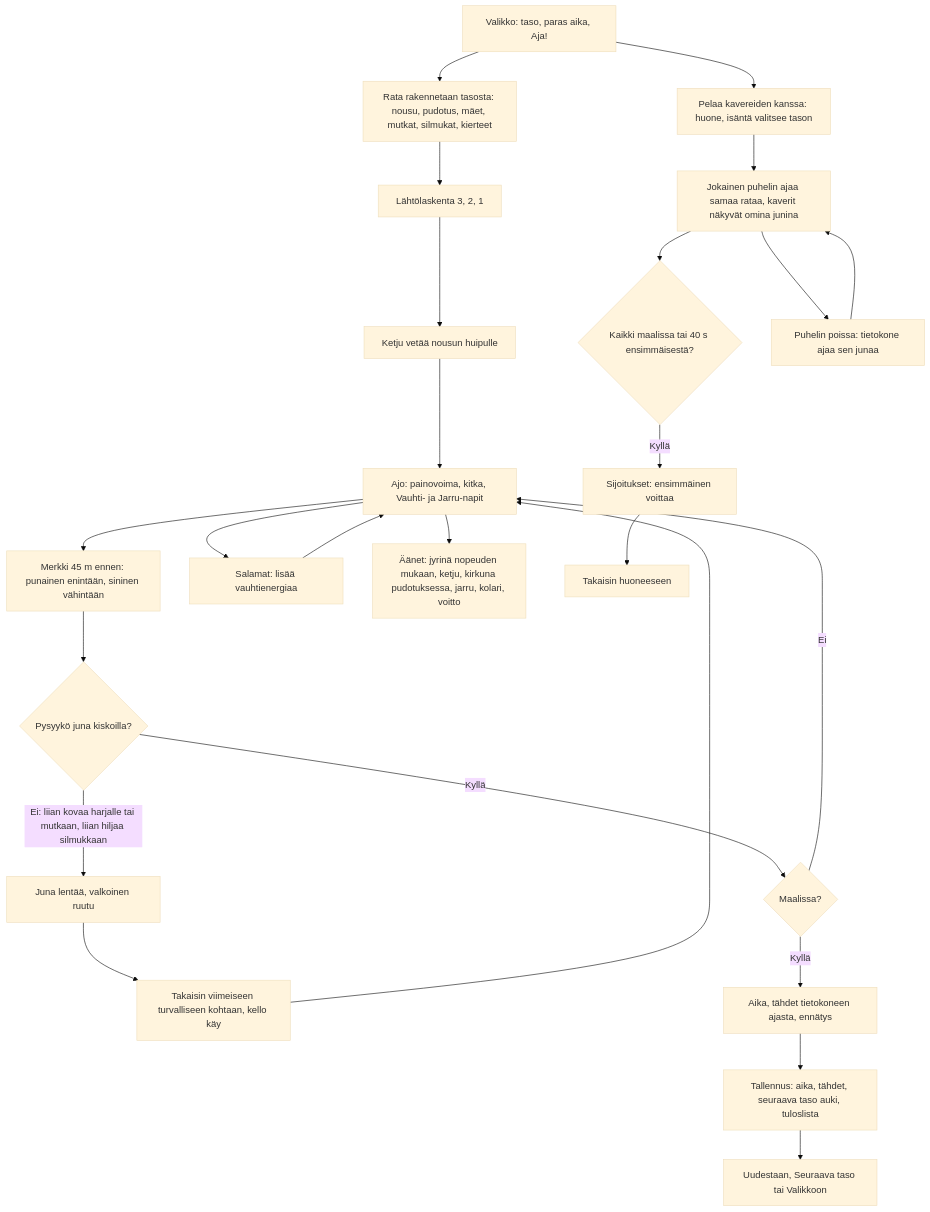
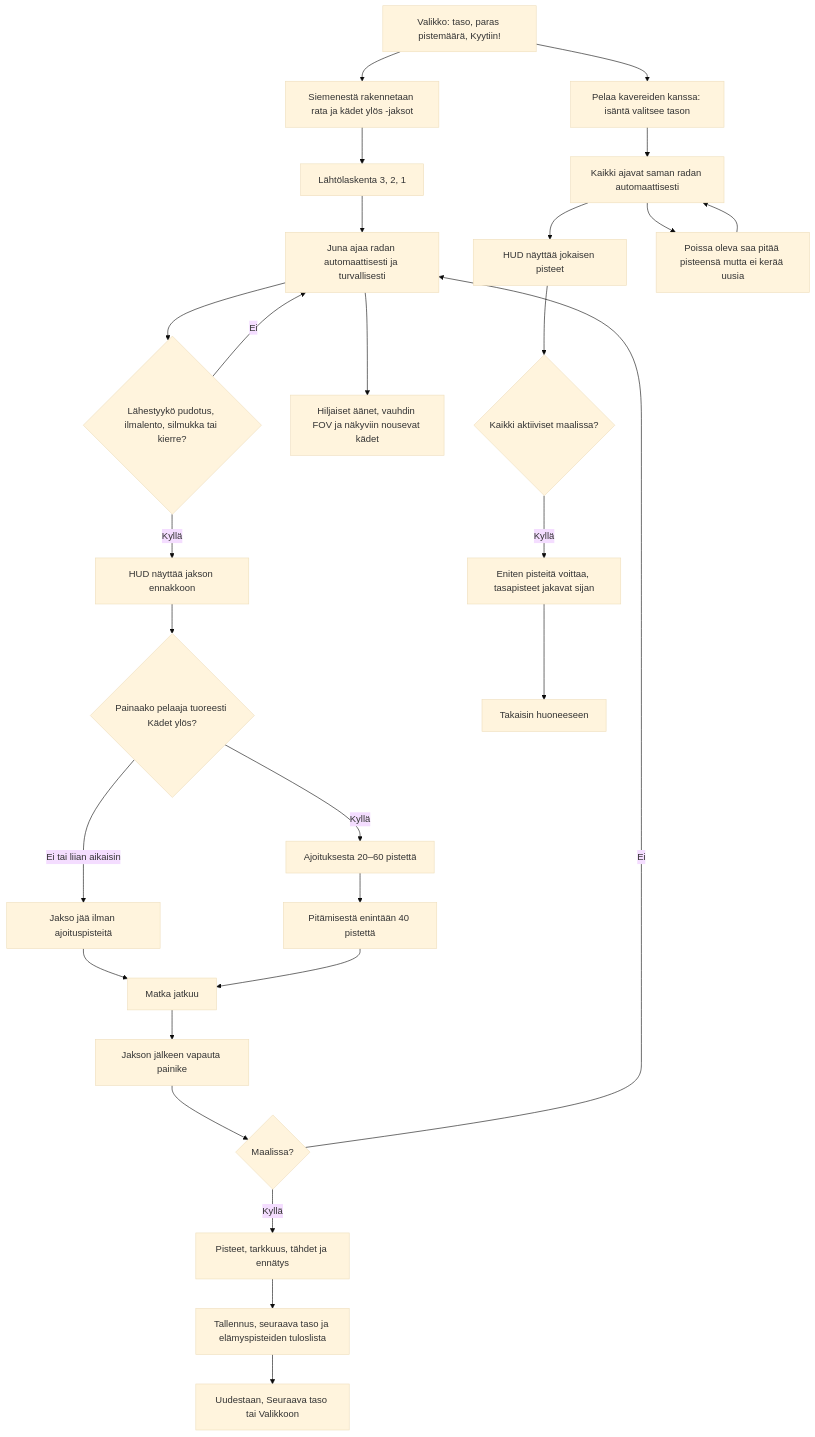
Before and after one commit to eerovil/ai-pelit: the diagram in docs/diagrams/vuoristorata.md, drawn with Mermaid (base theme). The commit also changed other lines of this file and 13 other files, not shown here.

````diff
--- a/docs/diagrams/vuoristorata.md
+++ b/docs/diagrams/vuoristorata.md
@@ -17,34 +11,37 @@
 ```mermaid
 flowchart TD
-  A[Valikko: taso, paras aika, Aja!] --> B[Rata rakennetaan tasosta: nousu, pudotus, mäet, mutkat, silmukat, kierteet]
+  A[Valikko: taso, paras pistemäärä, Kyytiin!] --> B[Siemenestä rakennetaan rata ja kädet ylös -jaksot]
   B --> C[Lähtölaskenta 3, 2, 1]
-  C --> D[Ketju vetää nousun huipulle]
-  D --> E[Ajo: painovoima, kitka, Vauhti- ja Jarru-napit]
-  E --> F[Merkki 45 m ennen: punainen enintään, sininen vähintään]
-  F --> G{Pysyykö juna kiskoilla?}
-  G -- Kyllä --> H{Maalissa?}
-  G -- Ei: liian kovaa harjalle tai mutkaan, liian hiljaa silmukkaan --> I[Juna lentää, valkoinen ruutu]
-  I --> J[Takaisin viimeiseen turvalliseen kohtaan, kello käy]
-  J --> E
-  E --> K[Salamat: lisää vauhtienergiaa]
-  K --> E
-  E --> V[Äänet: jyrinä nopeuden mukaan, ketju, kirkuna pudotuksessa, jarru, kolari, voitto]
-  H -- Ei --> E
-  H -- Kyllä --> L[Aika, tähdet tietokoneen ajasta, ennätys]
-  L --> M[Tallennus: aika, tähdet, seuraava taso auki, tuloslista]
-  M --> N[Uudestaan, Seuraava taso tai Valikkoon]
-  A --> O[Pelaa kavereiden kanssa: huone, isäntä valitsee tason]
-  O --> P[Jokainen puhelin ajaa samaa rataa, kaverit näkyvät omina junina]
-  P --> Q{Kaikki maalissa tai 40 s ensimmäisestä?}
-  Q -- Kyllä --> R[Sijoitukset: ensimmäinen voittaa]
-  R --> S[Takaisin huoneeseen]
-  P --> T[Puhelin poissa: tietokone ajaa sen junaa]
-  T --> P
-  class A,C,E,N blue
-  class G,H,Q amber
-  class B,D,F,K teal
-  class V blue
-  class I,J rose
-  class L,M,R green
-  class O,P,S,T violet
+  C --> D[Juna ajaa radan automaattisesti ja turvallisesti]
+  D --> E{Lähestyykö pudotus, ilmalento, silmukka tai kierre?}
+  E -- Ei --> D
+  E -- Kyllä --> F[HUD näyttää jakson ennakkoon]
+  F --> G{Painaako pelaaja tuoreesti Kädet ylös?}
+  G -- Ei tai liian aikaisin --> H[Jakso jää ilman ajoituspisteitä]
+  G -- Kyllä --> I[Ajoituksesta 20–60 pistettä]
+  I --> J[Pitämisestä enintään 40 pistettä]
+  H --> K[Matka jatkuu]
+  J --> K
+  K --> L[Jakson jälkeen vapauta painike]
+  L --> M{Maalissa?}
+  M -- Ei --> D
+  M -- Kyllä --> N[Pisteet, tarkkuus, tähdet ja ennätys]
+  N --> O[Tallennus, seuraava taso ja elämyspisteiden tuloslista]
+  O --> P[Uudestaan, Seuraava taso tai Valikkoon]
+  D --> Q[Hiljaiset äänet, vauhdin FOV ja näkyviin nousevat kädet]
+  A --> R[Pelaa kavereiden kanssa: isäntä valitsee tason]
+  R --> S[Kaikki ajavat saman radan automaattisesti]
+  S --> T[HUD näyttää jokaisen pisteet]
+  T --> U{Kaikki aktiiviset maalissa?}
+  U -- Kyllä --> V[Eniten pisteitä voittaa, tasapisteet jakavat sijan]
+  V --> W[Takaisin huoneeseen]
+  S --> X[Poissa oleva saa pitää pisteensä mutta ei kerää uusia]
+  X --> S
+  class A,C,F,I,J,L,P blue
+  class E,G,M,U amber
+  class B,D teal
+  class H rose
+  class K,N,O green
+  class Q blue
+  class R,S,T,V,W,X violet
 ```
````
